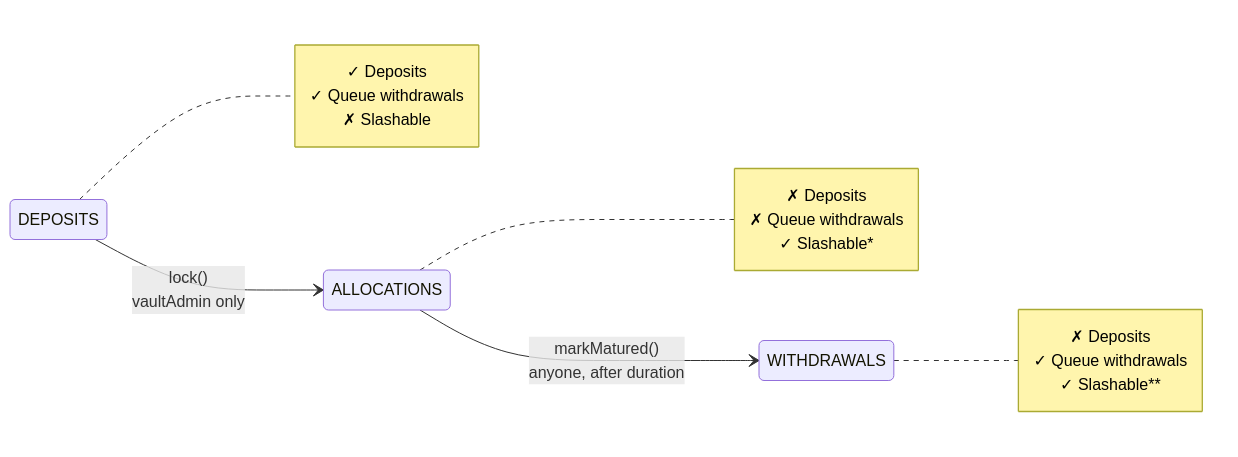
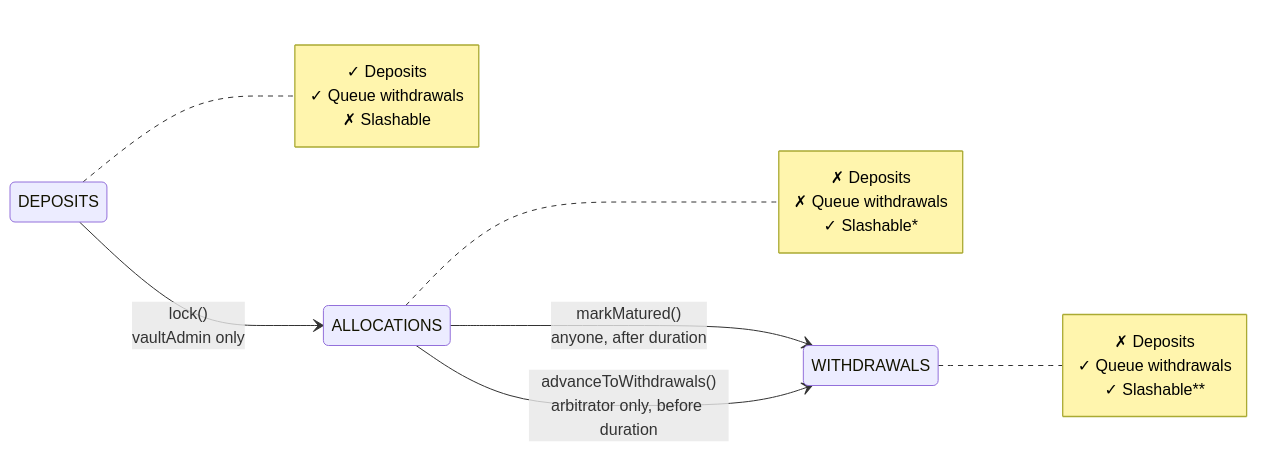
The second of 2 diagrams in docs/core/DurationVaultStrategy.md (Layr-Labs/eigenlayer-contracts), drawn with Mermaid before and after one commit. The commit also changed other lines of this file, not shown here.

````diff
--- a/docs/core/DurationVaultStrategy.md
+++ b/docs/core/DurationVaultStrategy.md
@@ -213,29 +217,30 @@
 ```mermaid
 stateDiagram-v2
     direction LR
     
     DEPOSITS: DEPOSITS
     ALLOCATIONS: ALLOCATIONS  
     WITHDRAWALS: WITHDRAWALS
     
     DEPOSITS --> ALLOCATIONS: lock()<br/>vaultAdmin only
     ALLOCATIONS --> WITHDRAWALS: markMatured()<br/>anyone, after duration
+    ALLOCATIONS --> WITHDRAWALS: advanceToWithdrawals()<br/>arbitrator only, before duration
     
     note right of DEPOSITS
         ✓ Deposits
         ✓ Queue withdrawals
         ✗ Slashable
     end note
     
     note right of ALLOCATIONS
         ✗ Deposits
         ✗ Queue withdrawals
         ✓ Slashable*
     end note
     
     note right of WITHDRAWALS
         ✗ Deposits
         ✓ Queue withdrawals
         ✓ Slashable**
     end note
 ```
````
